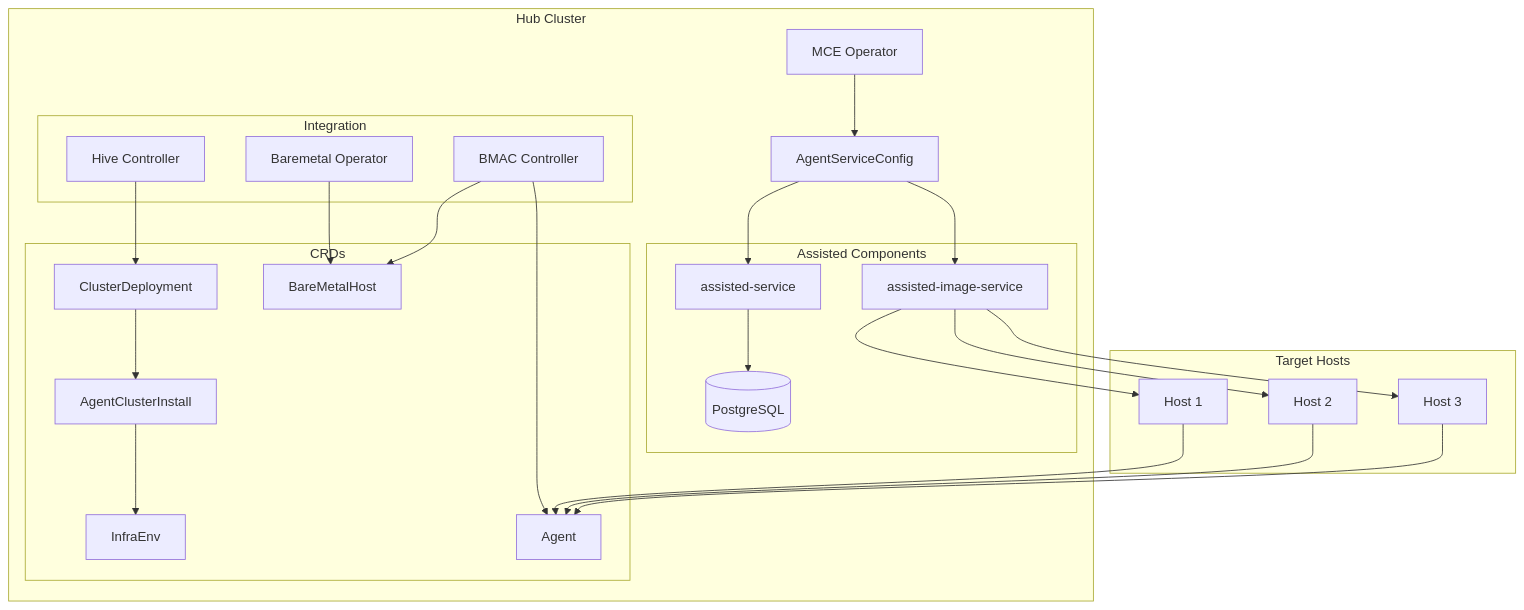
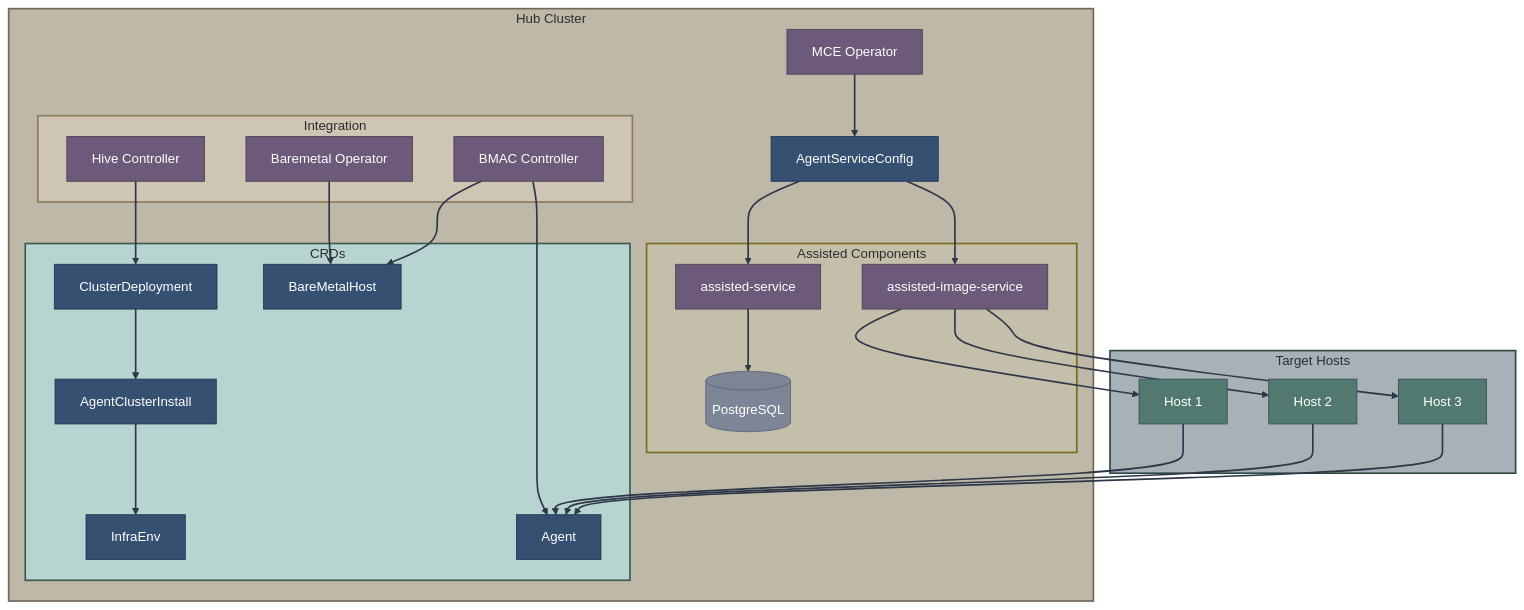
Before and after one commit to zszabo-rh/openshift-install-guide: the second of 11 diagrams in 09-diagrams/component-diagrams.md, drawn with Mermaid. The commit also changed other lines of this file and 16 other files, not shown here.

Commit message:
improved diagram style

````diff
--- a/09-diagrams/component-diagrams.md
+++ b/09-diagrams/component-diagrams.md
@@ -49,54 +55,79 @@
 ```mermaid
 graph TB
-    subgraph "Hub Cluster"
+    subgraph hub["Hub Cluster"]
         MCE[MCE Operator]
         ASC[AgentServiceConfig]
         
-        subgraph "Assisted Components"
+        subgraph assisted["Assisted Components"]
             SERVICE[assisted-service]
             IMAGE_SVC[assisted-image-service]
             DB[(PostgreSQL)]
         end
         
-        subgraph "Integration"
+        subgraph integration["Integration"]
             HIVE[Hive Controller]
             BMO[Baremetal Operator]
             BMAC[BMAC Controller]
         end
         
-        subgraph "CRDs"
+        subgraph crds["CRDs"]
             CD[ClusterDeployment]
             ACI[AgentClusterInstall]
             IE[InfraEnv]
             AGENT[Agent]
             BMH[BareMetalHost]
         end
     end
     
-    subgraph "Target Hosts"
+    subgraph hosts["Target Hosts"]
         H1[Host 1]
         H2[Host 2]
         H3[Host 3]
     end
     
     MCE --> ASC
     ASC --> SERVICE
     ASC --> IMAGE_SVC
     SERVICE --> DB
     
     HIVE --> CD
     CD --> ACI
     ACI --> IE
     
     BMO --> BMH
     BMAC --> BMH
     BMAC --> AGENT
     
     IMAGE_SVC --> H1
     IMAGE_SVC --> H2
     IMAGE_SVC --> H3
     
     H1 --> AGENT
     H2 --> AGENT
     H3 --> AGENT
+    
+    style MCE fill:#6d597a,stroke:#4a3f50,color:#fff
+    style ASC fill:#355070,stroke:#1d3557,color:#fff
+    style SERVICE fill:#6d597a,stroke:#4a3f50,color:#fff
+    style IMAGE_SVC fill:#6d597a,stroke:#4a3f50,color:#fff
+    style DB fill:#7d8597,stroke:#5c6378,color:#fff
+    style HIVE fill:#6d597a,stroke:#4a3f50,color:#fff
+    style BMO fill:#6d597a,stroke:#4a3f50,color:#fff
+    style BMAC fill:#6d597a,stroke:#4a3f50,color:#fff
+    style CD fill:#355070,stroke:#1d3557,color:#fff
+    style ACI fill:#355070,stroke:#1d3557,color:#fff
+    style IE fill:#355070,stroke:#1d3557,color:#fff
+    style AGENT fill:#355070,stroke:#1d3557,color:#fff
+    style BMH fill:#355070,stroke:#1d3557,color:#fff
+    style H1 fill:#52796f,stroke:#354f52,color:#fff
+    style H2 fill:#52796f,stroke:#354f52,color:#fff
+    style H3 fill:#52796f,stroke:#354f52,color:#fff
+    
+    style hub fill:#beb8a8,stroke:#706858,stroke-width:2px,color:#2d2d2d
+    style assisted fill:#c4bfaa,stroke:#7a6a1a,stroke-width:2px,color:#2d2d2d
+    style integration fill:#cfc5b5,stroke:#8d7a5a,stroke-width:2px,color:#2d2d2d
+    style crds fill:#b8d4d0,stroke:#3d5a52,stroke-width:2px,color:#2d2d2d
+    style hosts fill:#a8b0b8,stroke:#2d4a42,stroke-width:2px,color:#2d2d2d
+    
+    linkStyle default stroke:#2d3748,stroke-width:2px
 ```
````
